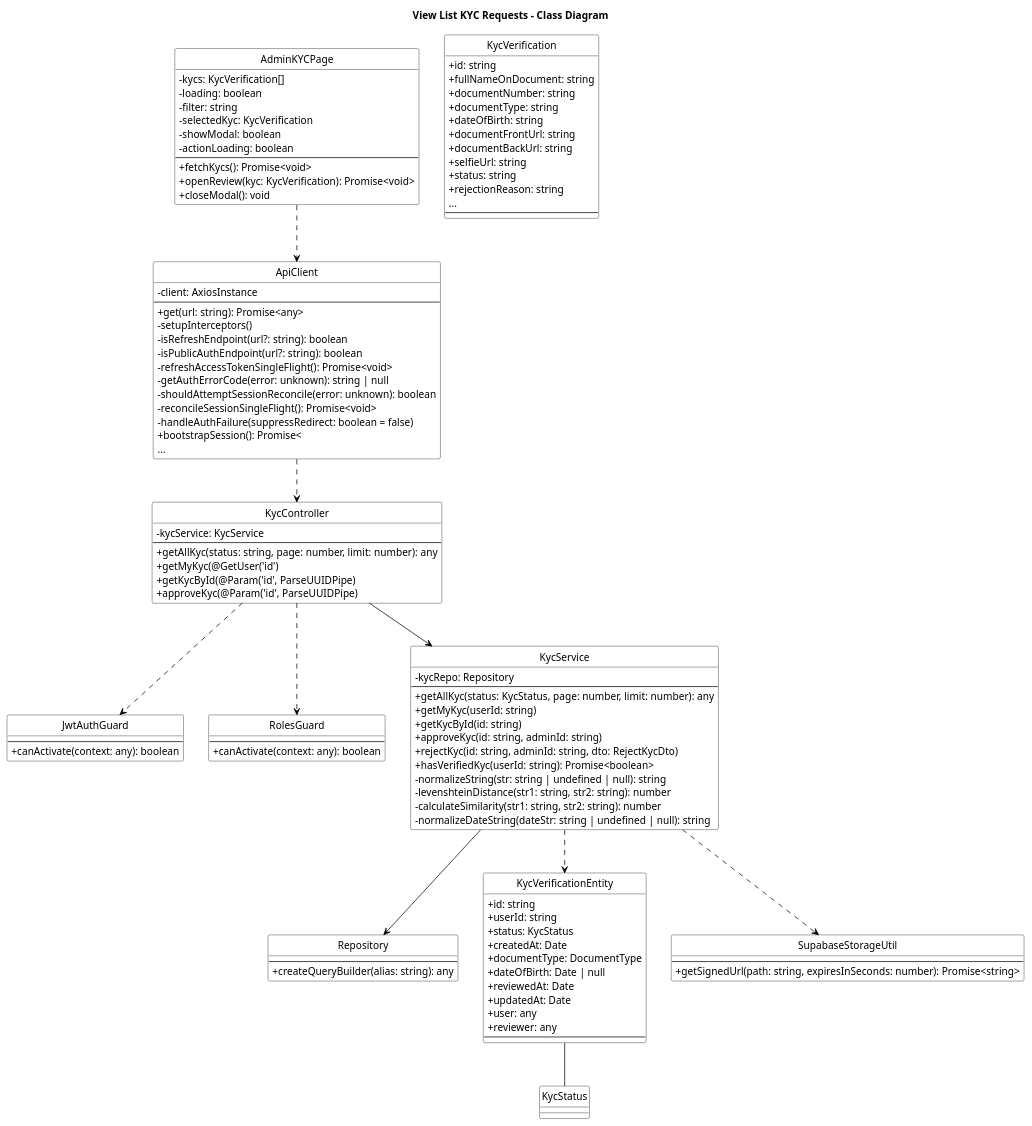
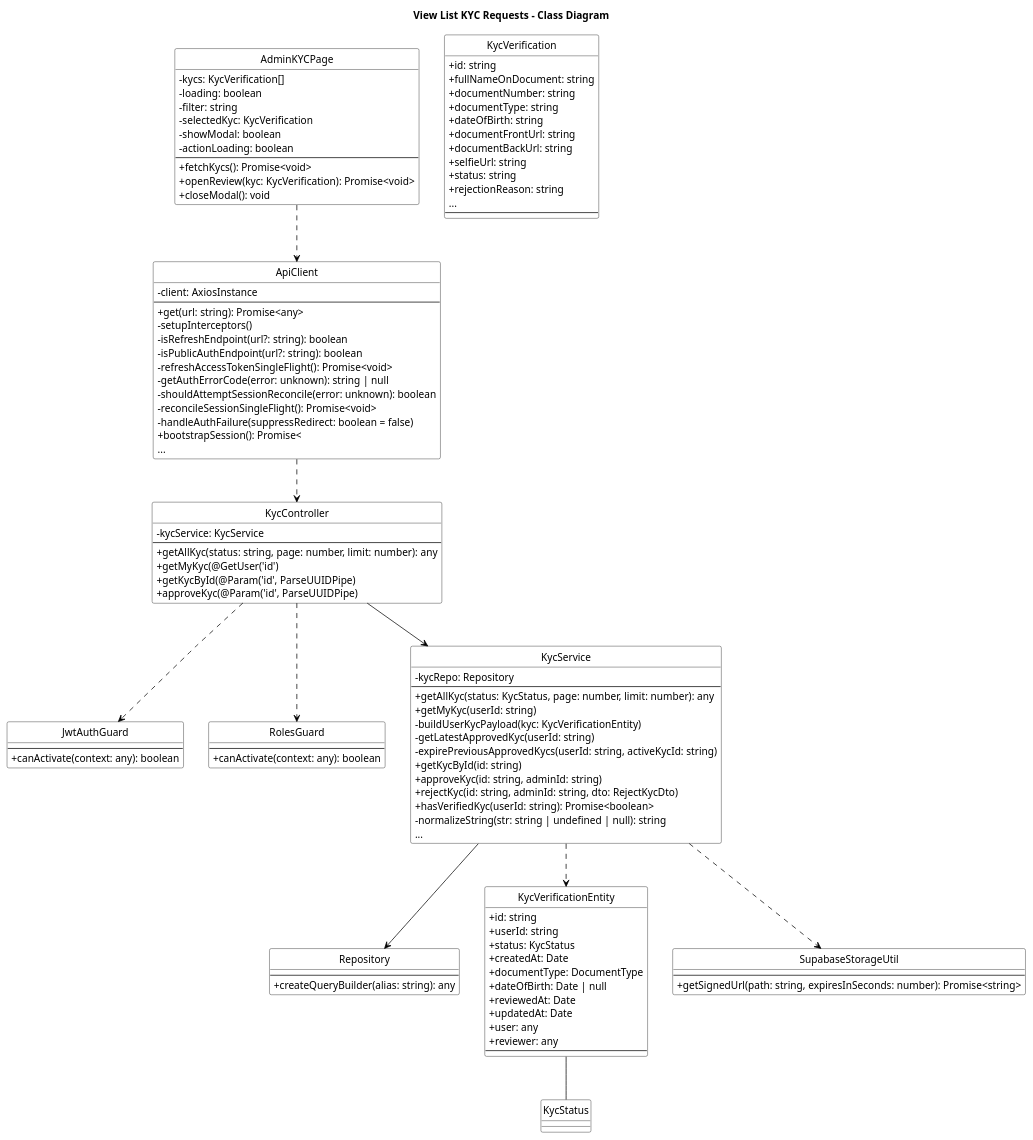
Before and after one commit to bangdcce/SEP492-Project: the diagram in diagram/class_diagrams/view_list_kyc_requests_class_diagram_compact.puml, drawn with PlantUML. The commit also changed 189 other files, not shown here.

```diff
--- a/diagram/class_diagrams/view_list_kyc_requests_class_diagram_compact.puml
+++ b/diagram/class_diagrams/view_list_kyc_requests_class_diagram_compact.puml
@@ -1,130 +1,131 @@
 @startuml View_List_KYC_Requests_Class_Diagram
 title View List KYC Requests - Class Diagram
 skinparam backgroundColor white
 skinparam monochrome true
 skinparam defaultFontColor black
 skinparam ArrowColor black
 skinparam classBorderColor black
 skinparam classFontColor black
 skinparam classBackgroundColor white
 skinparam stereotypeFontColor black
 skinparam linetype polyline
 skinparam classAttributeIconSize 0
 hide circle
 
 skinparam classHeaderBackgroundColor white
 skinparam classHeaderFontColor black
 
 class ApiClient {
     - client: AxiosInstance
     --
     + get(url: string): Promise<any>
     - setupInterceptors()
     - isRefreshEndpoint(url?: string): boolean
     - isPublicAuthEndpoint(url?: string): boolean
     - refreshAccessTokenSingleFlight(): Promise<void>
     - getAuthErrorCode(error: unknown): string | null
     - shouldAttemptSessionReconcile(error: unknown): boolean
     - reconcileSessionSingleFlight(): Promise<void>
     - handleAuthFailure(suppressRedirect: boolean = false)
     + bootstrapSession(): Promise<
     ...
 }
 
 class AdminKYCPage {
     - kycs: KycVerification[]
     - loading: boolean
     - filter: string
     - selectedKyc: KycVerification
     - showModal: boolean
     - actionLoading: boolean
     --
     + fetchKycs(): Promise<void>
     + openReview(kyc: KycVerification): Promise<void>
     + closeModal(): void
 }
 
 class KycVerification {
     + id: string
     + fullNameOnDocument: string
     + documentNumber: string
     + documentType: string
     + dateOfBirth: string
     + documentFrontUrl: string
     + documentBackUrl: string
     + selfieUrl: string
     + status: string
     + rejectionReason: string
     ...
     --
 }
 
 class JwtAuthGuard {
     --
     + canActivate(context: any): boolean
 }
 
 class RolesGuard {
     --
     + canActivate(context: any): boolean
 }
 
 class KycController {
     - kycService: KycService
     --
     + getAllKyc(status: string, page: number, limit: number): any
     + getMyKyc(@GetUser('id')
     + getKycById(@Param('id', ParseUUIDPipe)
     + approveKyc(@Param('id', ParseUUIDPipe)
 }
 
 class Repository {
     --
     + createQueryBuilder(alias: string): any
 }
 
 class KycService {
     - kycRepo: Repository
     --
     + getAllKyc(status: KycStatus, page: number, limit: number): any
     + getMyKyc(userId: string)
+    - buildUserKycPayload(kyc: KycVerificationEntity)
+    - getLatestApprovedKyc(userId: string)
+    - expirePreviousApprovedKycs(userId: string, activeKycId: string)
     + getKycById(id: string)
     + approveKyc(id: string, adminId: string)
     + rejectKyc(id: string, adminId: string, dto: RejectKycDto)
     + hasVerifiedKyc(userId: string): Promise<boolean>
     - normalizeString(str: string | undefined | null): string
-    - levenshteinDistance(str1: string, str2: string): number
-    - calculateSimilarity(str1: string, str2: string): number
-    - normalizeDateString(dateStr: string | undefined | null): string
+    ...
 }
 
 class KycVerificationEntity {
     + id: string
     + userId: string
     + status: KycStatus
     + createdAt: Date
     + documentType: DocumentType
     + dateOfBirth: Date | null
     + reviewedAt: Date
     + updatedAt: Date
     + user: any
     + reviewer: any
     --
 }
 
 
 class SupabaseStorageUtil {
     --
     + getSignedUrl(path: string, expiresInSeconds: number): Promise<string>
 }
 
 AdminKYCPage ..> ApiClient
 ApiClient ..> KycController
 KycController ..> JwtAuthGuard
 KycController ..> RolesGuard
 KycController --> KycService
 KycService --> Repository
 KycService ..> KycVerificationEntity
 KycService ..> SupabaseStorageUtil
 KycVerificationEntity -- KycStatus
 @enduml
```
